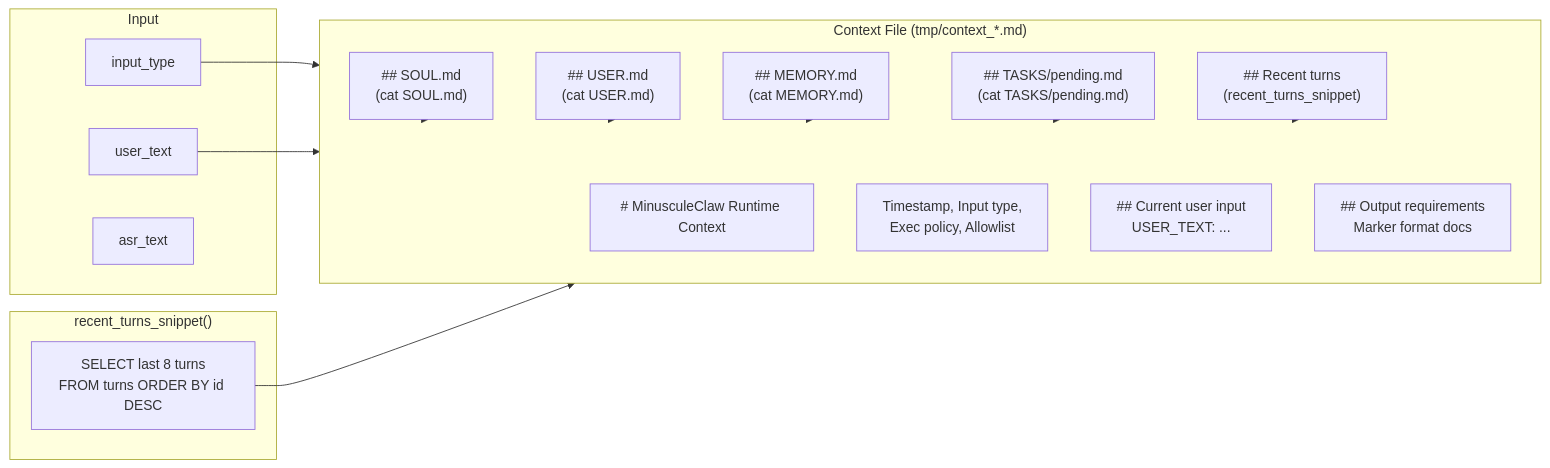
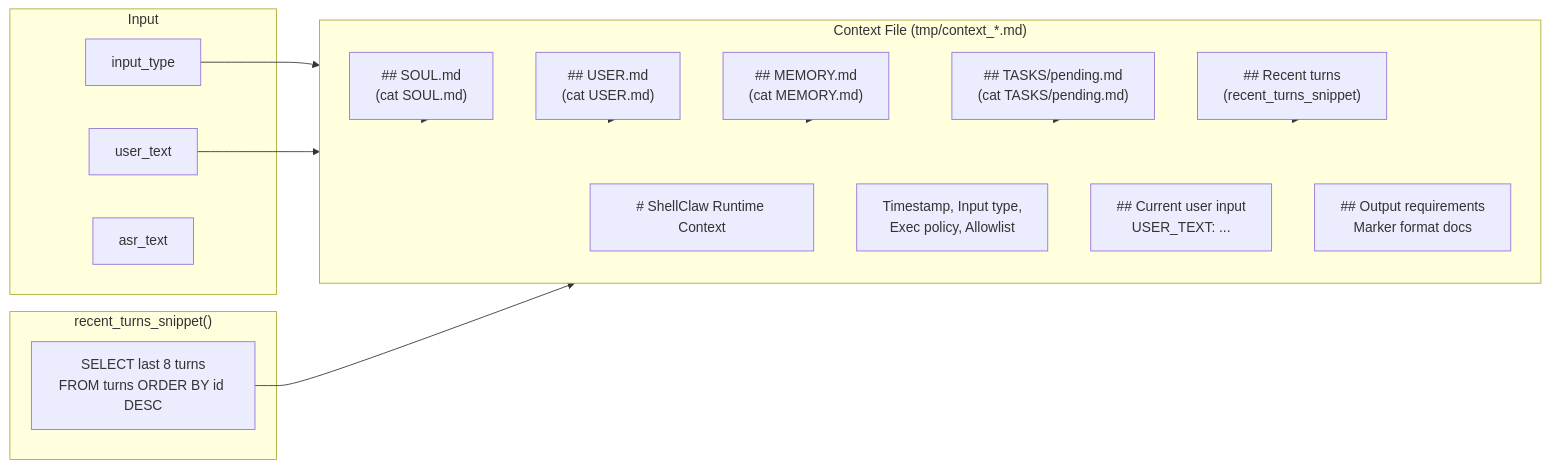
The second of 9 diagrams in README.md (lsj5031/MinusculeClaw), drawn with Mermaid before and after one commit. The commit also changed other lines of this file and 21 other files, not shown here.

Commit message:
Rebrand project to ShellClaw and update logo

````diff
--- a/README.md
+++ b/README.md
@@ -187,34 +185,34 @@
 ```mermaid
 flowchart LR
     subgraph Input
         IT[input_type]
         UT[user_text]
         AT[asr_text]
     end
 
     subgraph Context_File["Context File (tmp/context_*.md)"]
         direction TB
-        HDR["# MinusculeClaw Runtime Context"]
+        HDR["# ShellClaw Runtime Context"]
         META[Timestamp, Input type,<br/>Exec policy, Allowlist]
         SOUL["## SOUL.md<br/>(cat SOUL.md)"]
         USER["## USER.md<br/>(cat USER.md)"]
         MEM["## MEMORY.md<br/>(cat MEMORY.md)"]
         TASKS["## TASKS/pending.md<br/>(cat TASKS/pending.md)"]
         RECENT["## Recent turns<br/>(recent_turns_snippet)"]
         CURRENT["## Current user input<br/>USER_TEXT: ..."]
         REQ["## Output requirements<br/>Marker format docs"]
     end
 
     subgraph recent_turns["recent_turns_snippet()"]
         SQL["SELECT last 8 turns<br/>FROM turns ORDER BY id DESC"]
     end
 
     IT --> HDR
     UT --> CURRENT
     SOUL --> Context_File
     USER --> Context_File
     MEM --> Context_File
     TASKS --> Context_File
     SQL --> RECENT
     RECENT --> Context_File
 ```
````
